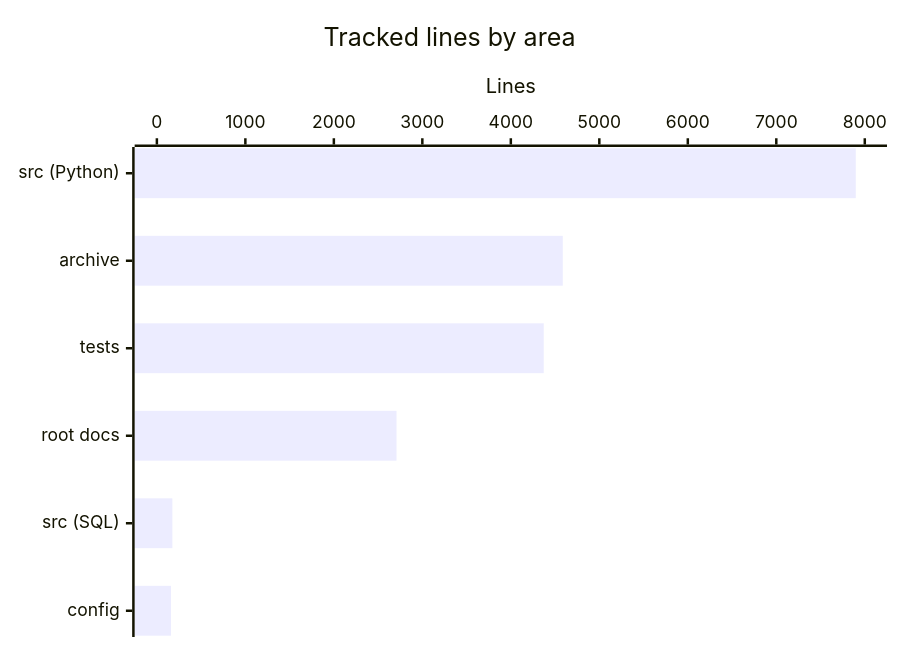
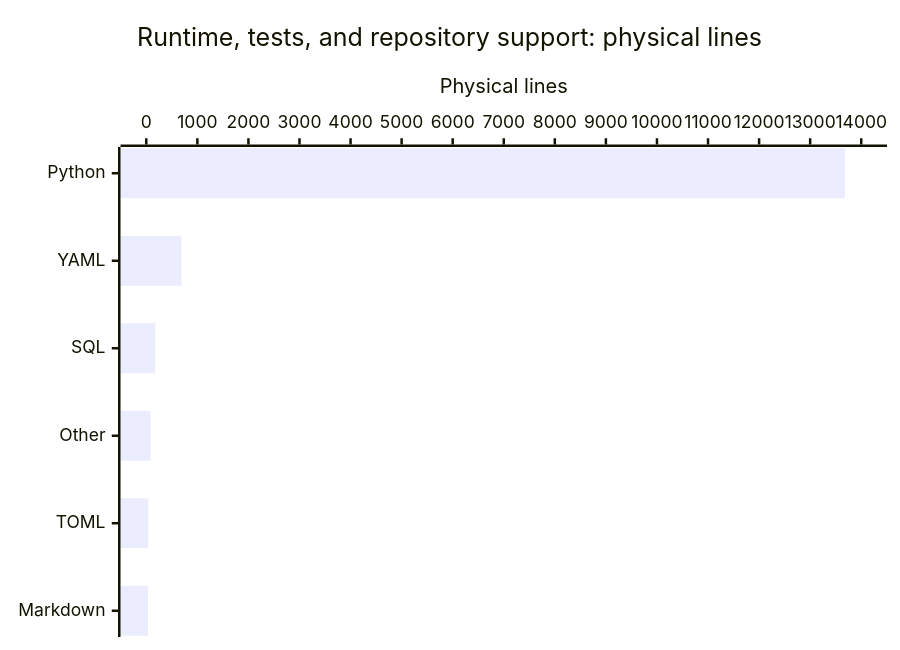
The diagram in droid-wiki/by-the-numbers.md (calisweetleaf/somnus-metadata), drawn with Mermaid before and after one commit. The commit also changed other lines of this file and 24 other files, not shown here.

````diff
--- a/droid-wiki/by-the-numbers.md
+++ b/droid-wiki/by-the-numbers.md
@@ -26,7 +21,7 @@
 ```mermaid
 xychart-beta horizontal
-    title "Tracked lines by area"
-    x-axis ["src (Python)", "archive", "tests", "root docs", "src (SQL)", "config"]
-    y-axis "Lines" 0 --> 8000
-    bar [7898, 4587, 4372, 2708, 175, 160]
+    title "Runtime, tests, and repository support: physical lines"
+    x-axis ["Python", "YAML", "SQL", "Other", "TOML", "Markdown"]
+    y-axis "Physical lines" 0 --> 14000
+    bar [13683, 688, 175, 85, 39, 34]
 ```
````
